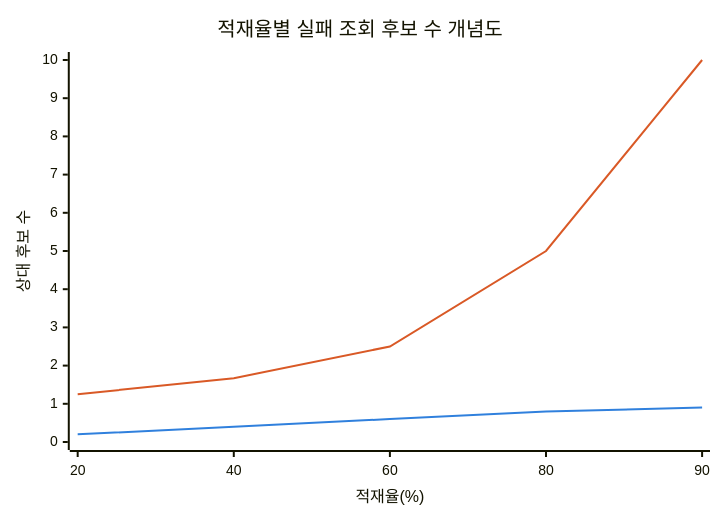
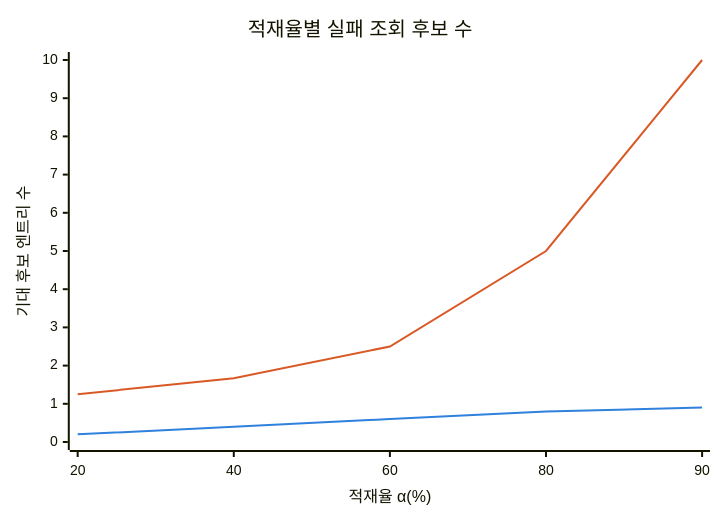
The first of 3 diagrams in src/content/docs/notes/01-basic-theory/005_hash_table.md (agnusdei1207/knowledge-base), drawn with Mermaid before and after one commit. The commit also changed other lines of this file and 5 other files, not shown here.

````diff
--- a/src/content/docs/notes/01-basic-theory/005_hash_table.md
+++ b/src/content/docs/notes/01-basic-theory/005_hash_table.md
@@ -52,9 +53,9 @@
 ```mermaid
 %%{init: {"themeVariables": {"xyChart": {"plotColorPalette": "#3080dd, #d95926"}}} }%%
 xychart-beta
-    title "적재율별 실패 조회 후보 수 개념도"
-    x-axis "적재율(%)" [20, 40, 60, 80, 90]
-    y-axis "상대 후보 수" 0 --> 10
+    title "적재율별 실패 조회 후보 수"
+    x-axis "적재율 α(%)" [20, 40, 60, 80, 90]
+    y-axis "기대 후보 엔트리 수" 0 --> 10
     line [0.2, 0.4, 0.6, 0.8, 0.9]
     line [1.25, 1.67, 2.5, 5, 10]
 ```
````
